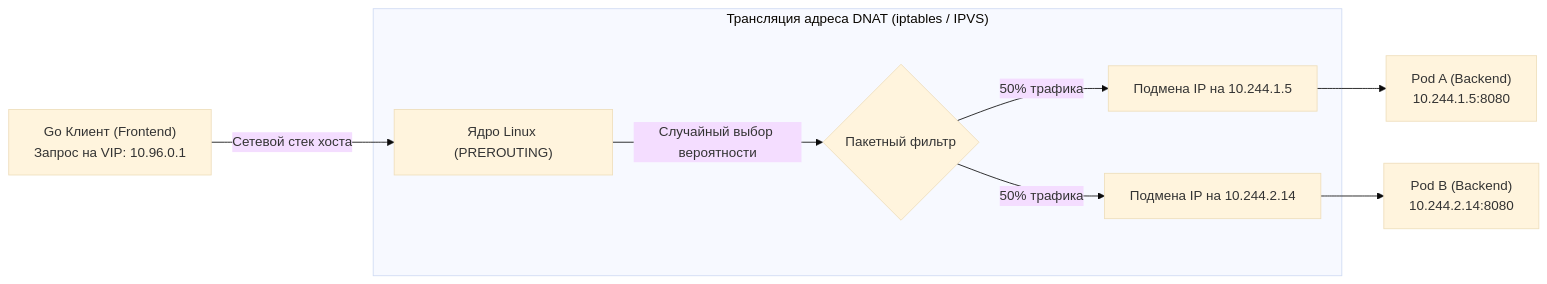
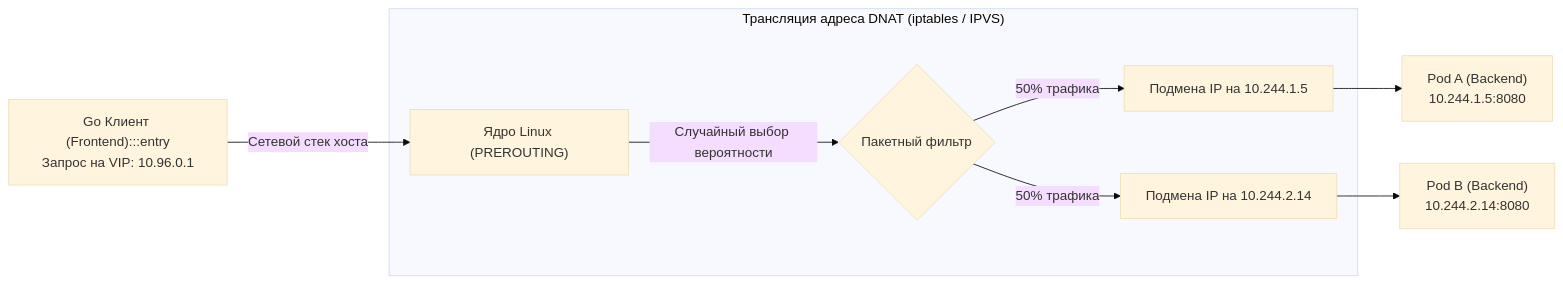
One commit to UnrealTemplier/go-textbook changed the third of 4 diagrams in sources/14. Распределенные системы на Go/07. Kubernetes и деплой/3. Pod, Deployment, Service.md. Above: the diagram before and after it, drawn with Mermaid (base theme). The commit also changed other lines of this file and 1666 other files, not shown here.

First line of the commit message:
feat(mermaid): add semantic color classDef to 1369 colorless flowchart/graph diagrams

````diff
--- a/sources/14. Распределенные системы на Go/07. Kubernetes и деплой/3. Pod, Deployment, Service.md
+++ b/sources/14. Распределенные системы на Go/07. Kubernetes и деплой/3. Pod, Deployment, Service.md
@@ -126,13 +146,23 @@
 ```mermaid
 flowchart LR
-    Client["Go Клиент (Frontend)<br>Запрос на VIP: 10.96.0.1"] -->|"Сетевой стек хоста"| Kernel["Ядро Linux (PREROUTING)"]
+    classDef process  fill:#1e293b,stroke:#38bdf8,stroke-width:1px,color:#f8fafc
+    classDef success  fill:#064e3b,stroke:#34d399,stroke-width:1px,color:#f8fafc
+    classDef error    fill:#7f1d1d,stroke:#f87171,stroke-width:1px,color:#f8fafc
+    classDef warning  fill:#78350f,stroke:#fbbf24,stroke-width:1px,color:#f8fafc
+    classDef entry    fill:#1e3a5f,stroke:#38bdf8,stroke-width:2px,color:#f8fafc
+    classDef aux      fill:#334155,stroke:#64748b,stroke-width:1px,color:#f8fafc
+    classDef system   fill:#312e81,stroke:#a78bfa,stroke-width:1px,color:#f8fafc
+    classDef data     fill:#132d29,stroke:#2dd4bf,stroke-width:1px,color:#f8fafc
+    classDef network  fill:#881337,stroke:#fb7185,stroke-width:1px,color:#f8fafc
+    classDef accent   fill:#1e1b4b,stroke:#818cf8,stroke-width:1px,color:#f8fafc
+    Client["Go Клиент (Frontend):::entry<br>Запрос на VIP: 10.96.0.1"] -->|"Сетевой стек хоста"| Kernel["Ядро Linux (PREROUTING)"]
     
     subgraph DNAT ["Трансляция адреса DNAT (iptables / IPVS)"]
         Kernel -->|"Случайный выбор вероятности"| Rule{"Пакетный фильтр"}
         Rule -->|"50% трафика"| Target1["Подмена IP на 10.244.1.5"]
         Rule -->|"50% трафика"| Target2["Подмена IP на 10.244.2.14"]
     end
     
     Target1 --> PodA["Pod A (Backend)<br>10.244.1.5:8080"]
     Target2 --> PodB["Pod B (Backend)<br>10.244.2.14:8080"]
 ```
````
